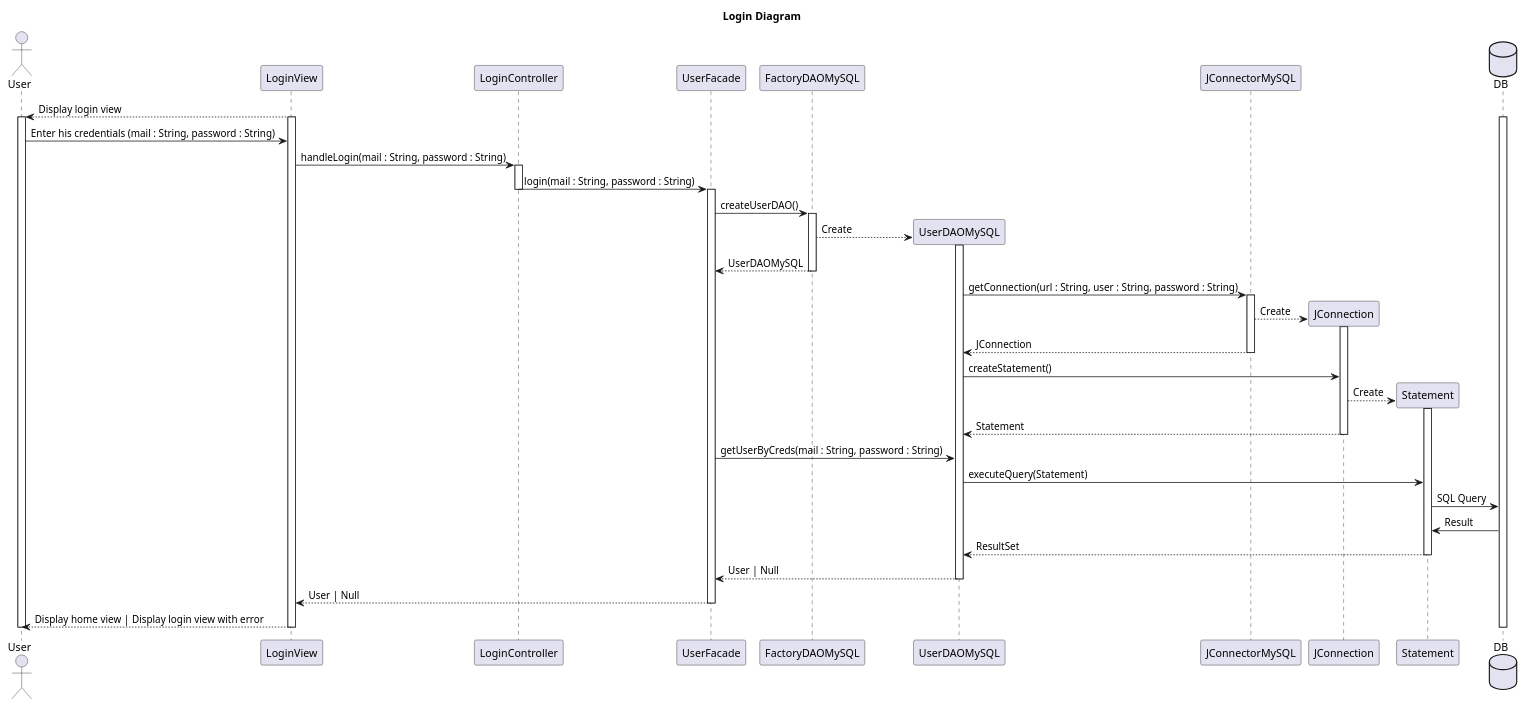
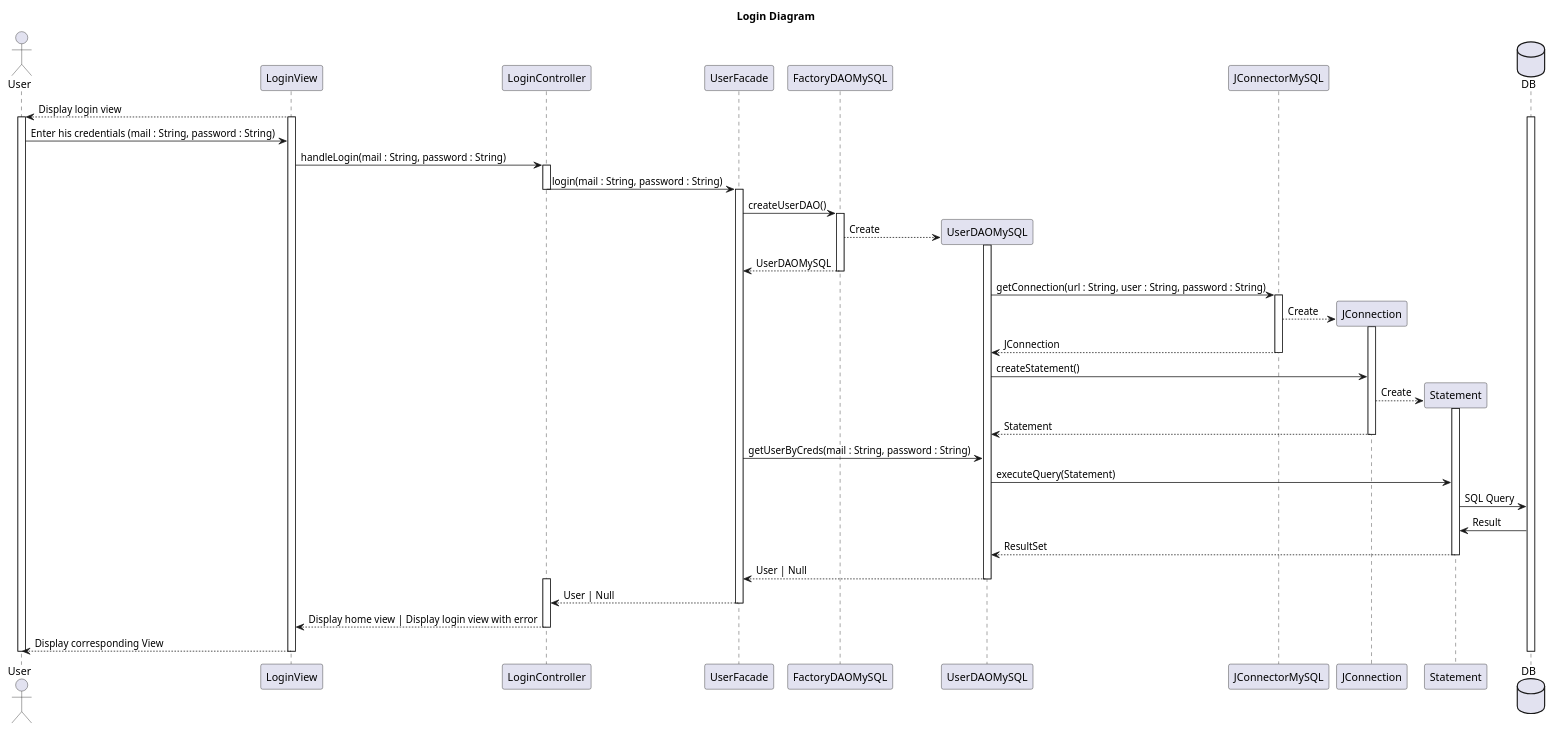
The diagram in documents/diagram/login/login.puml (LaunoisRemy/ToolShare), drawn with PlantUML before and after one commit. The commit also changed 8 other files, not shown here.

Commit message:
View and controller for login updated

```diff
--- a/documents/diagram/login/login.puml
+++ b/documents/diagram/login/login.puml
@@ -1,92 +1,95 @@
 @startuml
 title Login Diagram
 
 actor User
 participant LoginView
 participant LoginController
 participant UserFacade
 participant FactoryDAOMySQL
 participant UserDAOMySQL
 participant JConnectorMySQL
 participant JConnection
 participant Statement
 database DB
 
 LoginView-->User: Display login view
 
 activate User
 activate DB
 activate LoginView
 
 User->LoginView:Enter his credentials (mail : String, password : String)
 
 LoginView->LoginController: handleLogin(mail : String, password : String)
 
 activate LoginController
 
 LoginController->UserFacade:login(mail : String, password : String)
 
 deactivate LoginController
 
 activate UserFacade
 
 UserFacade->FactoryDAOMySQL:createUserDAO()
 
 activate FactoryDAOMySQL
 
 FactoryDAOMySQL-->UserDAOMySQL **:Create
 
 activate UserDAOMySQL
 
 FactoryDAOMySQL-->UserFacade:UserDAOMySQL
 
 deactivate FactoryDAOMySQL
 
 UserDAOMySQL->JConnectorMySQL: getConnection(url : String, user : String, password : String)
 
 activate JConnectorMySQL
 
 JConnectorMySQL--> JConnection **: Create
 
 activate JConnection
 
 JConnectorMySQL-->UserDAOMySQL: JConnection
 
 deactivate JConnectorMySQL
 
 UserDAOMySQL->JConnection: createStatement()
 
 JConnection-->Statement **: Create
 
 activate Statement
 
 JConnection-->UserDAOMySQL: Statement
 
 deactivate JConnection
 
 UserFacade->UserDAOMySQL: getUserByCreds(mail : String, password : String)
 
 UserDAOMySQL->Statement:executeQuery(Statement)
 
 Statement->DB: SQL Query
 
 DB->Statement:Result
 
 Statement-->UserDAOMySQL: ResultSet
 
 deactivate Statement
 
 UserDAOMySQL-->UserFacade: User | Null
 
 deactivate UserDAOMySQL
 
-UserFacade-->LoginView: User | Null
+activate LoginController
+UserFacade-->LoginController: User | Null
+deactivate UserFacade
+LoginController-->LoginView: Display home view | Display login view with error
 
-deactivate UserFacade
+deactivate LoginController
 
-LoginView-->User: Display home view | Display login view with error
+LoginView-->User: Display corresponding View
 deactivate LoginView
 deactivate DB
 deactivate User
 
 @enduml
```
